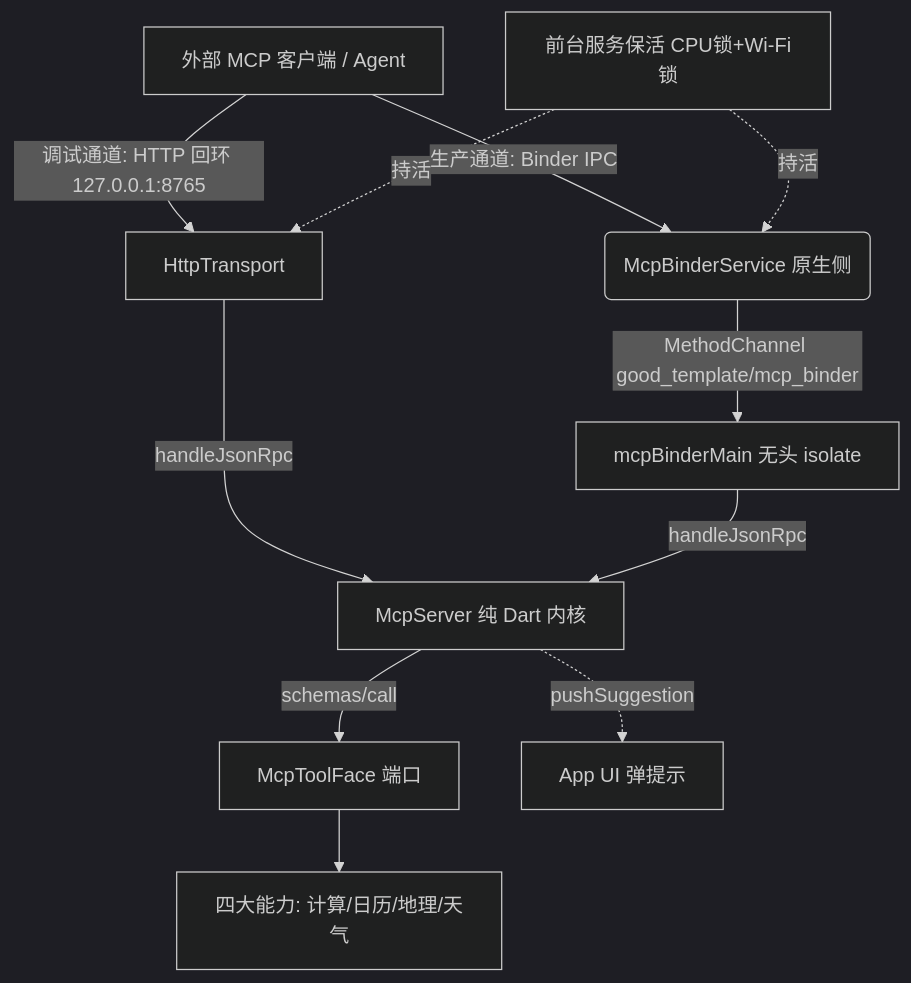
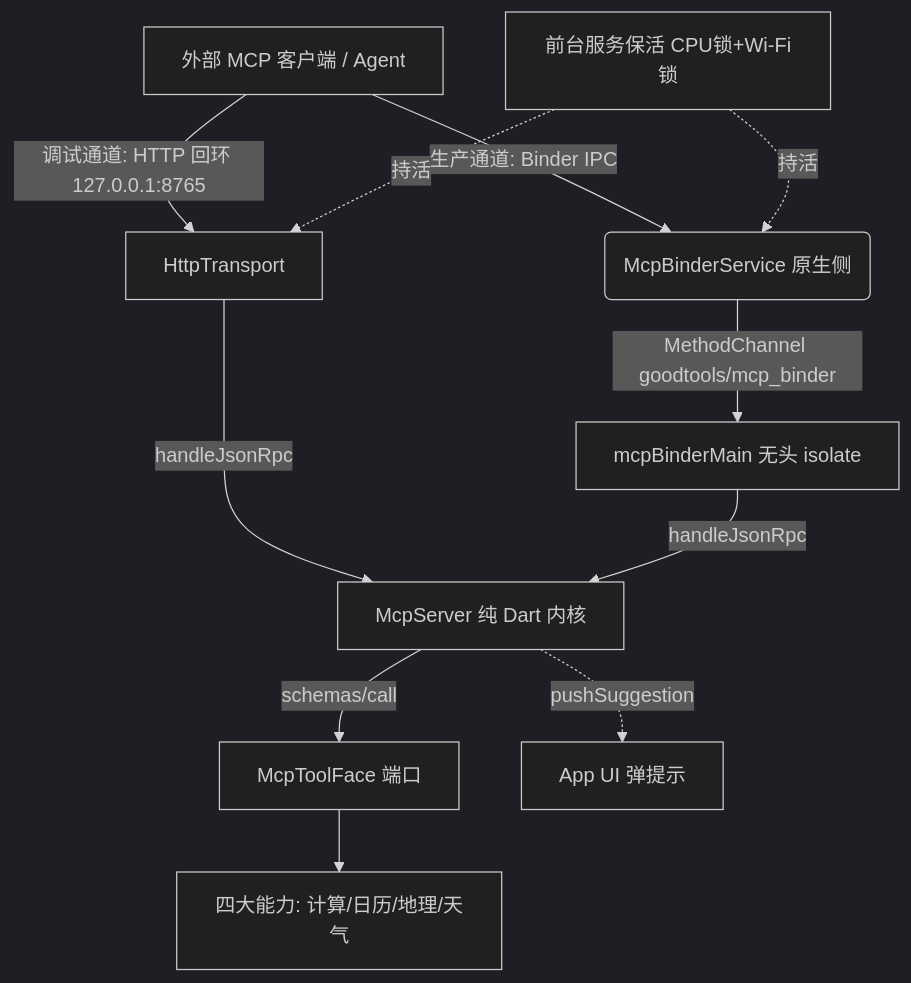
The diagram in docs/product/overview.md (loveheng/goodTool), drawn with Mermaid (dark theme) before and after one commit. The commit also changed 119 other files, not shown here.

First line of the commit message:
feat: 项目更名 goodTools + 地图自动定位/收藏夹/区块计算台落地

````diff
--- a/docs/product/overview.md
+++ b/docs/product/overview.md
@@ -32,13 +32,13 @@
 ```mermaid
 flowchart TD
     A[外部 MCP 客户端 / Agent] -->|生产通道: Binder IPC| B(McpBinderService 原生侧)
     A -->|调试通道: HTTP 回环 127.0.0.1:8765| C[HttpTransport]
-    B -->|MethodChannel good_template/mcp_binder| D[mcpBinderMain 无头 isolate]
+    B -->|MethodChannel goodtools/mcp_binder| D[mcpBinderMain 无头 isolate]
     C -->|handleJsonRpc| E[McpServer 纯 Dart 内核]
     D -->|handleJsonRpc| E
     E -->|schemas/call| F[McpToolFace 端口]
     F --> G[四大能力: 计算/日历/地理/天气]
     E -. pushSuggestion .-> H[App UI 弹提示]
     I[前台服务保活 CPU锁+Wi-Fi锁] -. 持活 .-> B
     I -. 持活 .-> C
 ```
````
